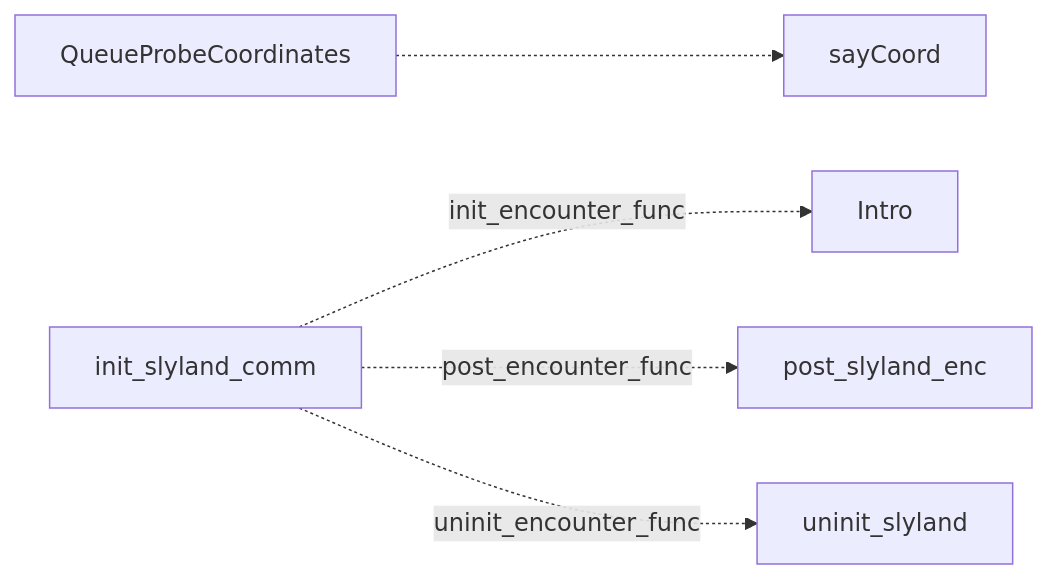
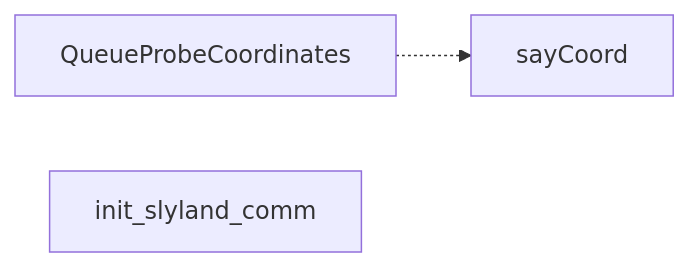
The diagram in docs/design/conversation/catalog/slyland.md (yost-jacob/uqm-cpp17), drawn with Mermaid before and after one commit. The commit also changed other lines of this file and 77 other files, not shown here.

Commit message:
Migrate nine more stories and replace native turn stubs with graph lifecycle

````diff
--- a/docs/design/conversation/catalog/slyland.md
+++ b/docs/design/conversation/catalog/slyland.md
@@ -23,13 +20,7 @@
 ```mermaid
 flowchart LR
     n0["sayCoord"]
     n1["QueueProbeCoordinates"]
-    n2["Intro"]
-    n3["uninit_slyland"]
-    n4["post_slyland_enc"]
-    n5["init_slyland_comm"]
+    n2["init_slyland_comm"]
     n1 -.-> n0
-    n5 -. "init_encounter_func" .-> n2
-    n5 -. "post_encounter_func" .-> n4
-    n5 -. "uninit_encounter_func" .-> n3
 ```
````
